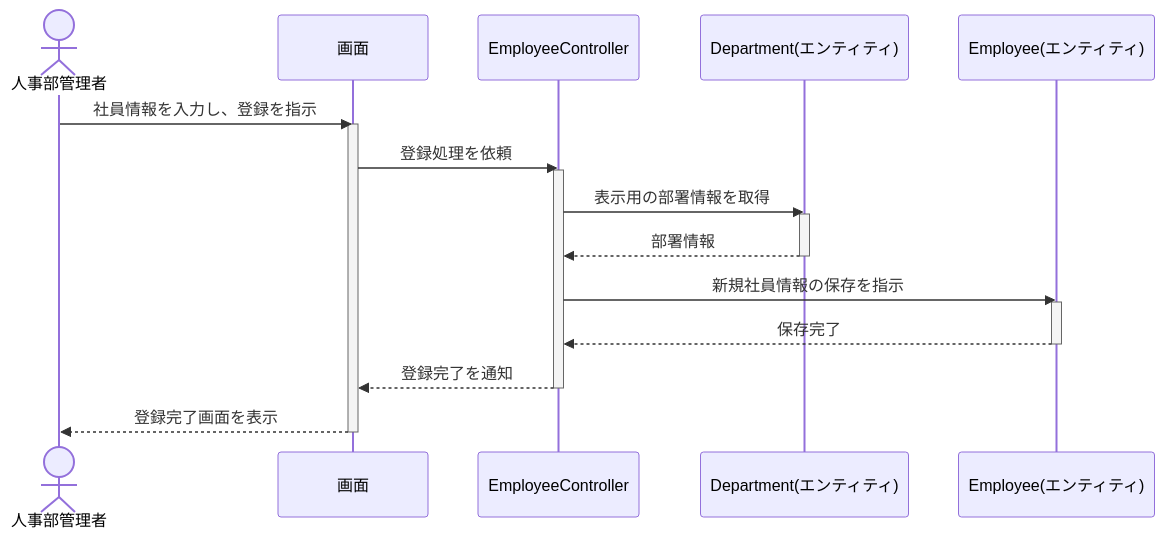
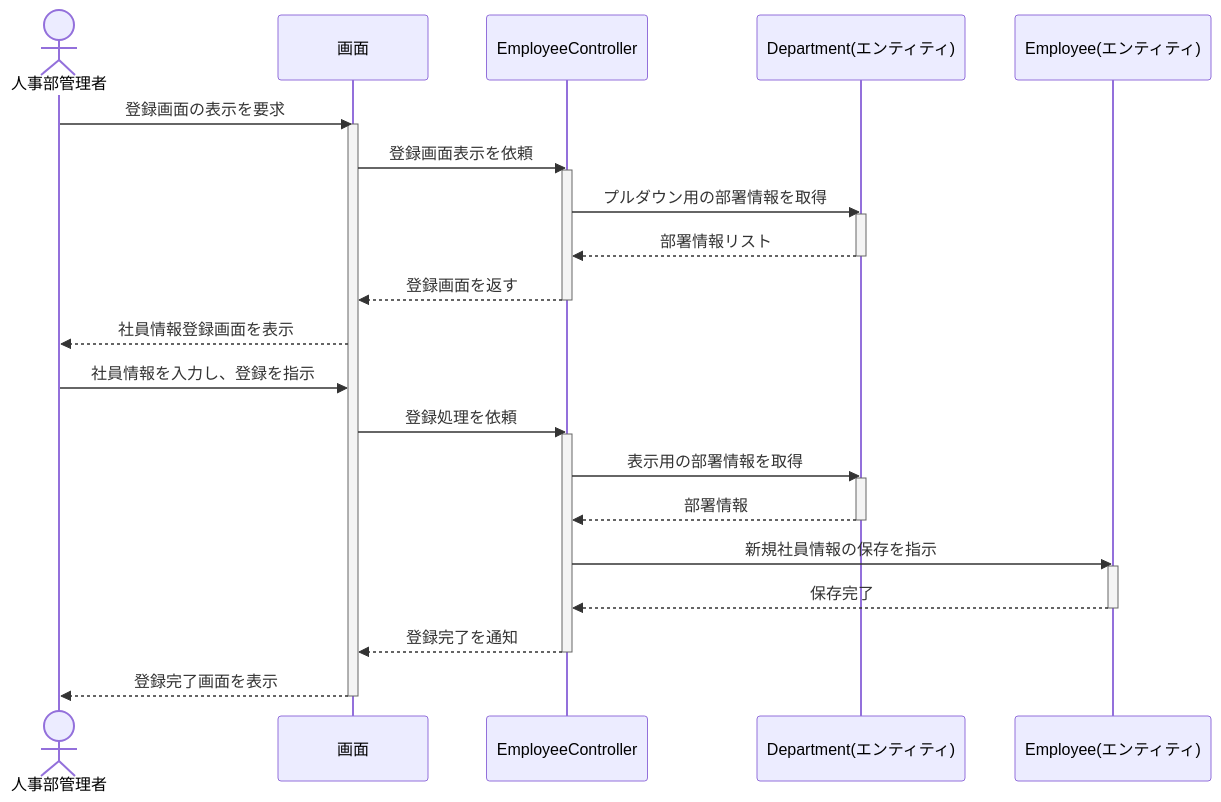
One commit to juyeongjung1/NewEIMS changed the ninth of 21 diagrams in EIMS_Comprehensive_Exercise_Guide.md. Above: the diagram before and after it, drawn with Mermaid. The commit also changed other lines of this file, not shown here.

Commit message:
全画面における「部署一覧取得フロー」を仕様書、UIフロー、および分析シーケンス図へ反映

````diff
--- a/EIMS_Comprehensive_Exercise_Guide.md
+++ b/EIMS_Comprehensive_Exercise_Guide.md
@@ -765,29 +778,40 @@
 ```mermaid
 sequenceDiagram
     actor Admin as 人事部管理者
     participant UI as 画面
     participant Ctrl as EmployeeController
     participant Dept as Department(エンティティ)
     participant Emp as Employee(エンティティ)
 
+    Admin ->> UI: 登録画面の表示を要求
+    activate UI
+    UI ->> Ctrl: 登録画面表示を依頼
+    activate Ctrl
+    Ctrl ->> Dept: プルダウン用の部署情報を取得
+    activate Dept
+    Dept -->> Ctrl: 部署情報リスト
+    deactivate Dept
+    Ctrl -->> UI: 登録画面を返す
+    deactivate Ctrl
+    UI -->> Admin: 社員情報登録画面を表示
+
     Admin ->> UI: 社員情報を入力し、登録を指示
-    activate UI
     UI ->> Ctrl: 登録処理を依頼
     activate Ctrl
     
     Ctrl ->> Dept: 表示用の部署情報を取得
     activate Dept
     Dept -->> Ctrl: 部署情報
     deactivate Dept
     
     Ctrl ->> Emp: 新規社員情報の保存を指示
     activate Emp
     Emp -->> Ctrl: 保存完了
     deactivate Emp
     
     Ctrl -->> UI: 登録完了を通知
     deactivate Ctrl
     
     UI -->> Admin: 登録完了画面を表示
     deactivate UI
 ```
````
